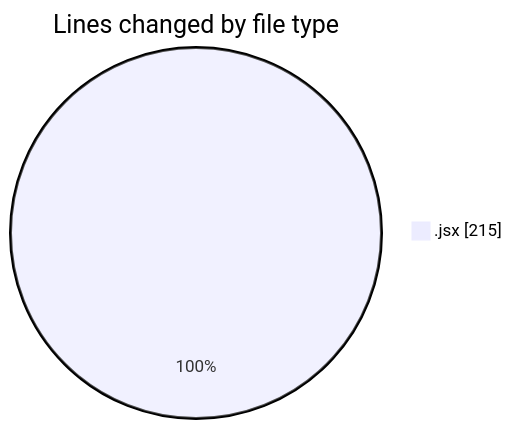
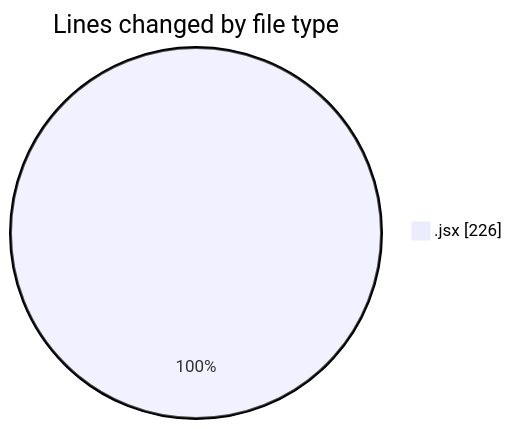
The first of 2 diagrams in 2025-05-08/recipe-app/README.md (BS-eng2023/code-tracking), drawn with Mermaid before and after one commit. The commit also changed other lines of this file and 1 other file, not shown here.

````diff
--- a/2025-05-08/recipe-app/README.md
+++ b/2025-05-08/recipe-app/README.md
@@ -21,5 +21,5 @@
 ```mermaid
 pie showData
 title Lines changed by file type
-".jsx" : 215
+".jsx" : 226
 ```
````
